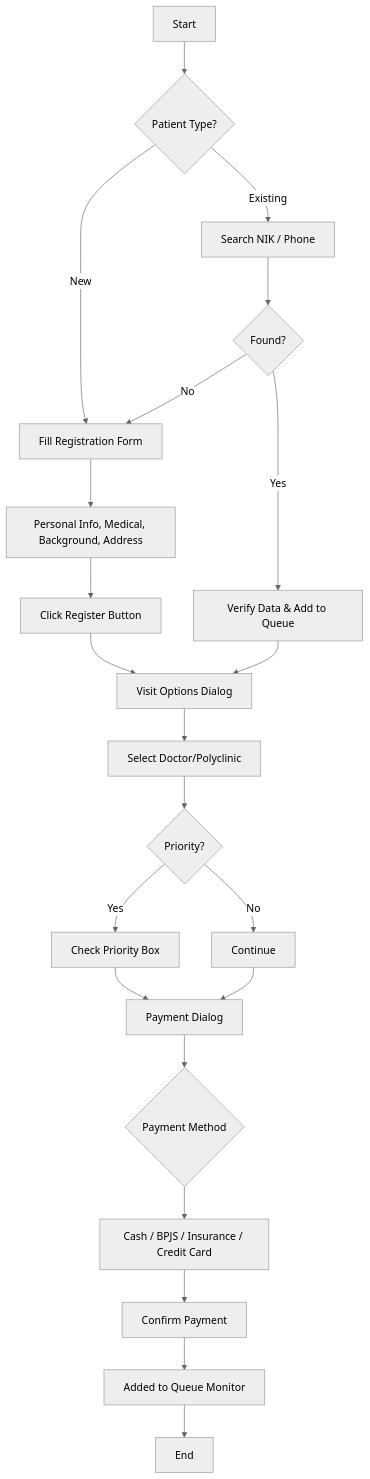
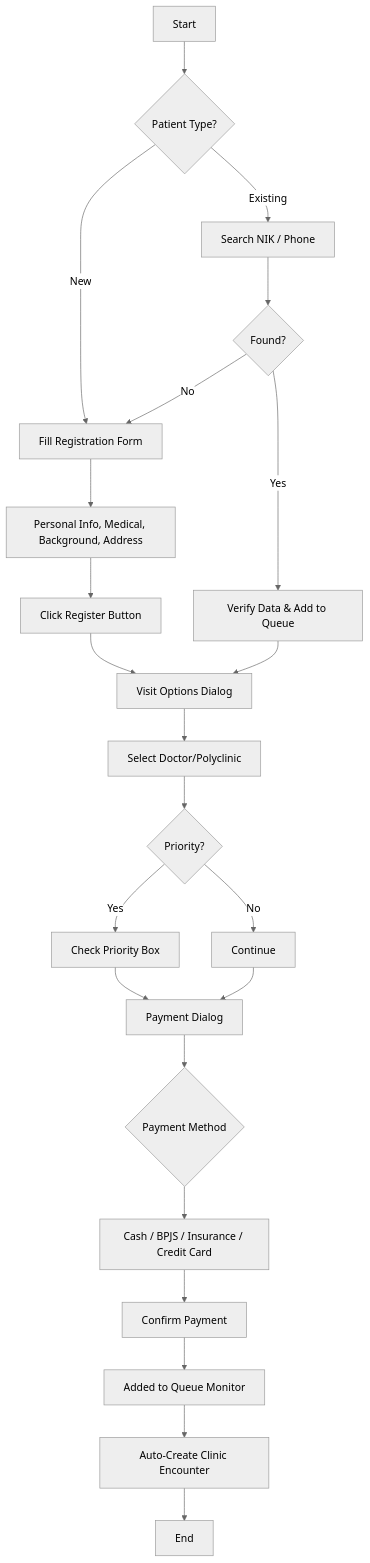
One commit to giangawatsu016/Klinik_FrontDesk changed the first of 6 diagrams in app/docs/product/user-flows.md. Above: the diagram before and after it, drawn with Mermaid (neutral theme). The commit also changed 5 other files, not shown here.

````diff
--- a/app/docs/product/user-flows.md
+++ b/app/docs/product/user-flows.md
@@ -7,29 +7,30 @@
 ```mermaid
 graph TD
     A[Start] --> B{Patient Type?}
     B -- New --> C[Fill Registration Form]
     C --> D[Personal Info, Medical, Background, Address]
     D --> E[Click Register Button]
     
     B -- Existing --> F[Search NIK / Phone]
     F --> G{Found?}
     G -- Yes --> H[Verify Data & Add to Queue]
     G -- No --> C
     
     E --> I[Visit Options Dialog]
     H --> I
     
     I --> J[Select Doctor/Polyclinic]
     J --> K{Priority?}
     K -- Yes --> L[Check Priority Box]
     K -- No --> M[Continue]
     
     L --> N[Payment Dialog]
     M --> N
     
     N --> O{Payment Method}
     O --> P[Cash / BPJS / Insurance / Credit Card]
     P --> Q[Confirm Payment]
     Q --> R[Added to Queue Monitor]
-    R --> S[End]
+    R --> R1[Auto-Create Clinic Encounter]
+    R1 --> S[End]
 ```
````
